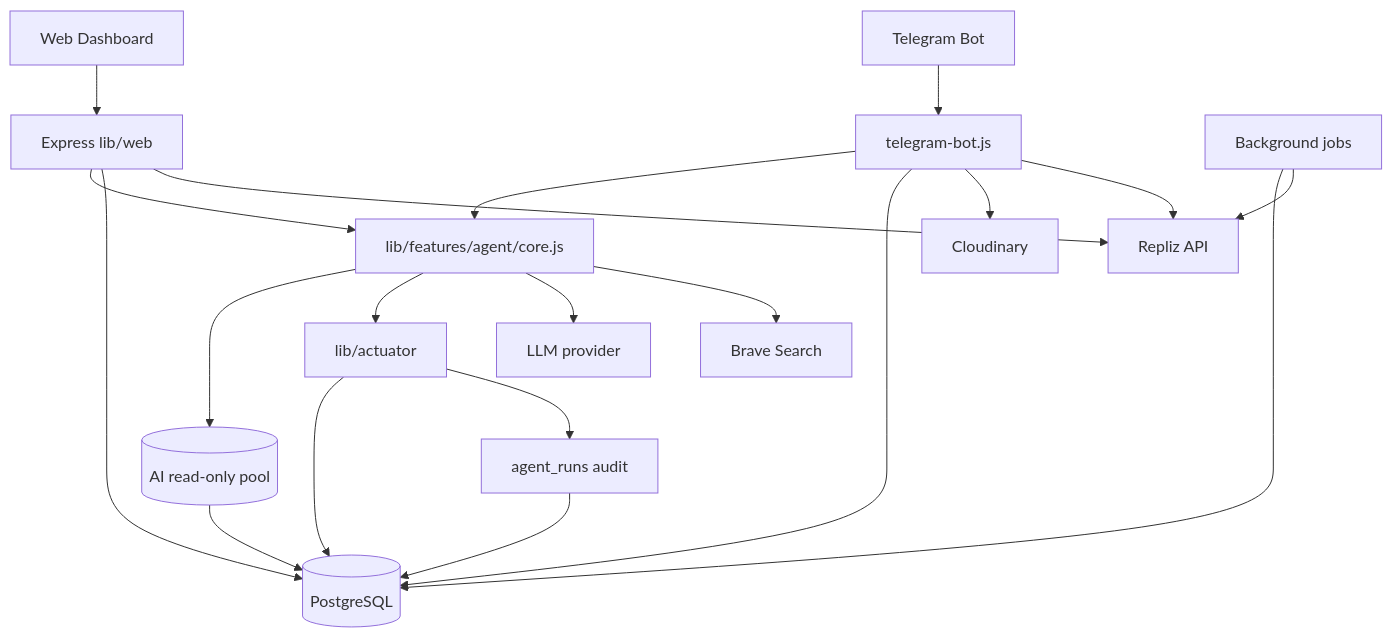
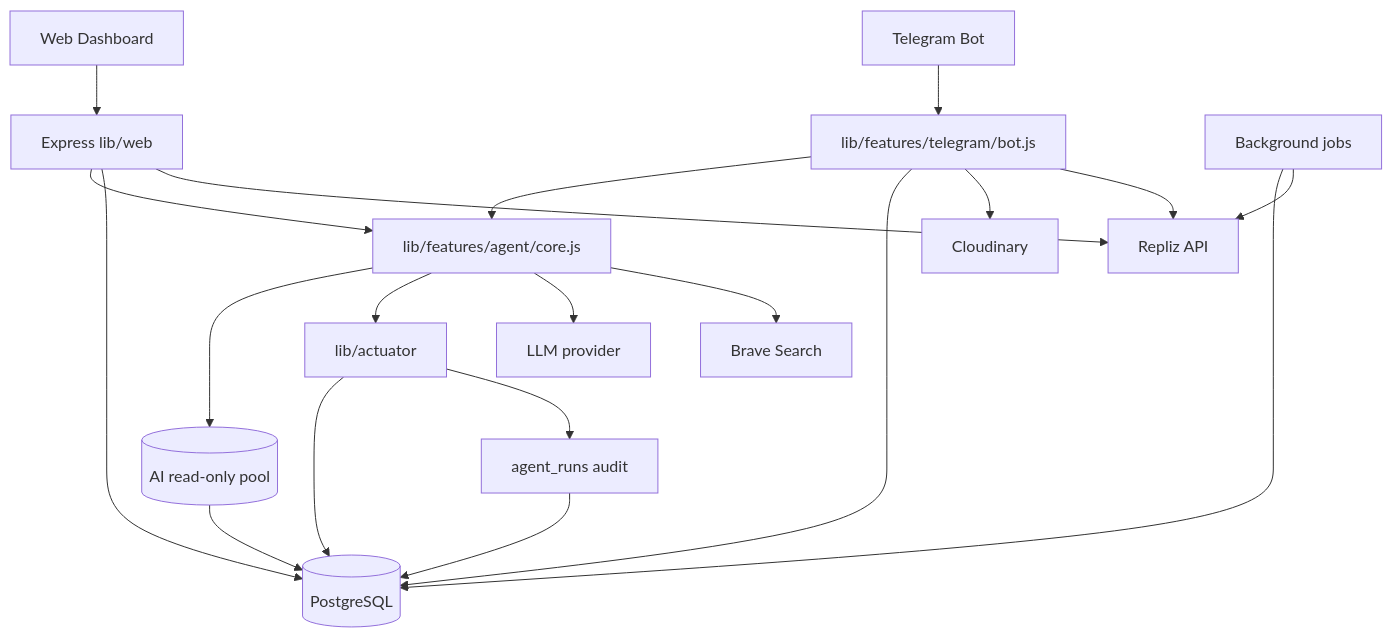
One commit to iggbudi/socai changed the diagram in CODEBASE_WIKI.md. Above: the diagram before and after it, drawn with Mermaid. The commit also changed other lines of this file and 11 other files, not shown here.

Commit message:
refactor(telegram): move telegram feature to lib/features/ (vertical slicing F8)

````diff
--- a/CODEBASE_WIKI.md
+++ b/CODEBASE_WIKI.md
@@ -93,19 +93,19 @@
 ```mermaid
 flowchart TB
   WEB[Web Dashboard] --> EXPRESS[Express lib/web]
-  TG[Telegram Bot] --> BOT[telegram-bot.js]
+  TG[Telegram Bot] --> BOT[lib/features/telegram/bot.js]
   EXPRESS --> AGENT[lib/features/agent/core.js]
   BOT --> AGENT
   AGENT --> RO[(AI read-only pool)] --> PG[(PostgreSQL)]
   AGENT --> ACT[lib/actuator] --> PG
   ACT --> RUNS[agent_runs audit] --> PG
   EXPRESS --> PG
   BOT --> PG
   JOBS[Background jobs] --> PG
   JOBS --> REPLIZ[Repliz API]
   AGENT --> LLM[LLM provider]
   AGENT --> BRAVE[Brave Search]
   BOT --> CLOUD[Cloudinary]
   EXPRESS --> REPLIZ
   BOT --> REPLIZ
 ```
````
